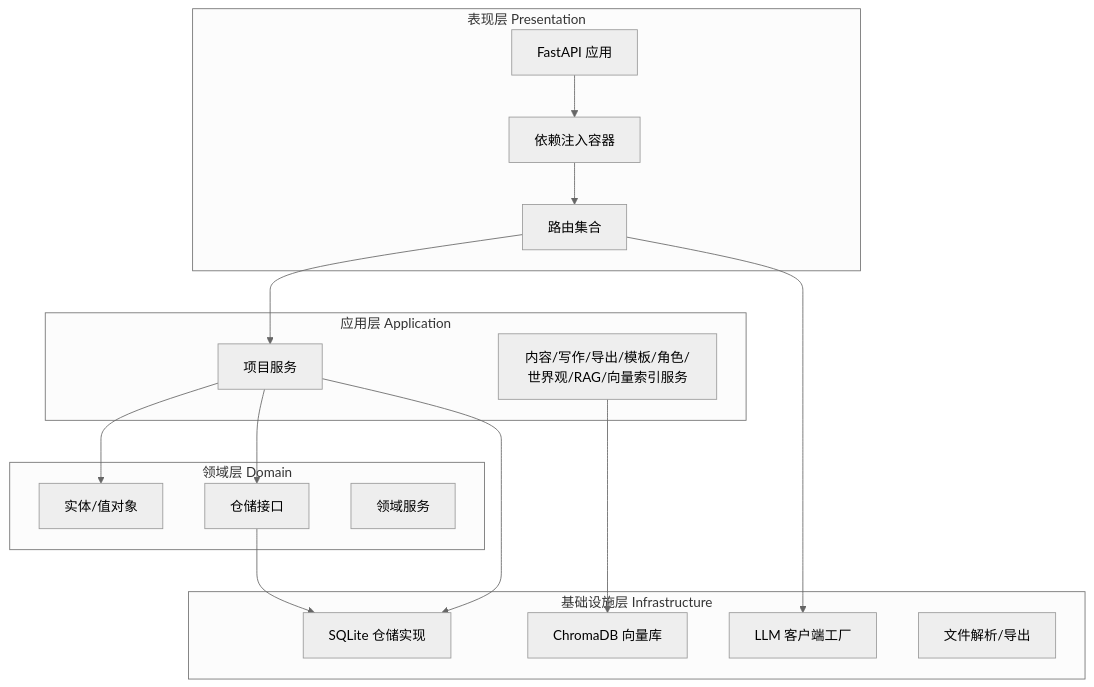
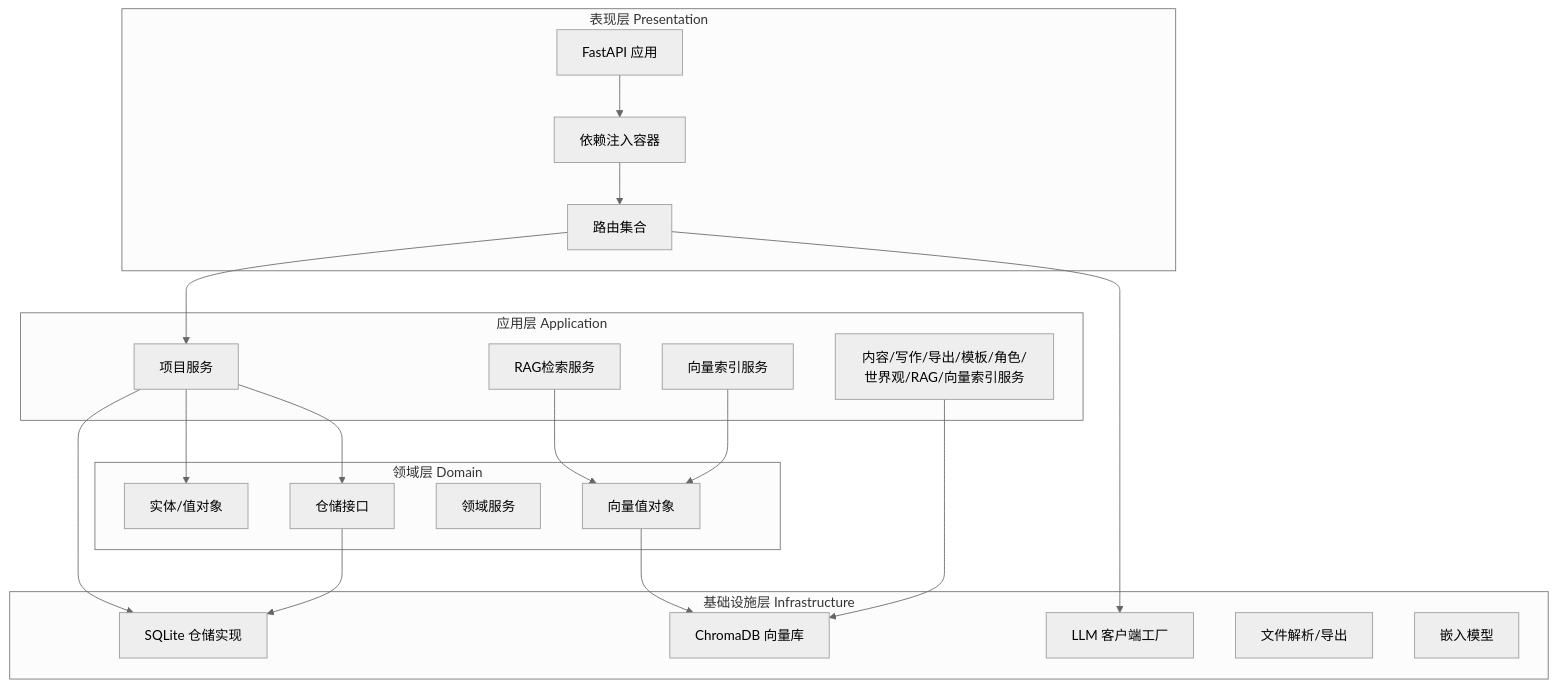
The second of 8 diagrams in .qoder/repowiki/zh/content/系统架构设计/系统架构设计.md (octsfm/InkTrace), drawn with Mermaid (neutral theme) before and after one commit. The commit also changed other lines of this file and 25 other files, not shown here.

````diff
--- a/.qoder/repowiki/zh/content/系统架构设计/系统架构设计.md
+++ b/.qoder/repowiki/zh/content/系统架构设计/系统架构设计.md
@@ -114,30 +133,37 @@
 ```mermaid
 graph TB
 subgraph "表现层 Presentation"
 P1["FastAPI 应用"]
 P2["依赖注入容器"]
 P3["路由集合"]
 end
 subgraph "应用层 Application"
 A1["项目服务"]
 A2["内容/写作/导出/模板/角色/世界观/RAG/向量索引服务"]
+A3["向量索引服务"]
+A4["RAG检索服务"]
 end
 subgraph "领域层 Domain"
 D1["实体/值对象"]
 D2["仓储接口"]
 D3["领域服务"]
+D4["向量值对象"]
 end
 subgraph "基础设施层 Infrastructure"
 I1["SQLite 仓储实现"]
 I2["ChromaDB 向量库"]
 I3["LLM 客户端工厂"]
 I4["文件解析/导出"]
+I5["嵌入模型"]
 end
 P1 --> P2 --> P3 --> A1
 A1 --> D1
 A1 --> D2
 D2 --> I1
 P3 --> I3
 A1 --> I1
 A2 --> I2
+A3 --> D4
+A4 --> D4
+D4 --> I2
 ```
````
